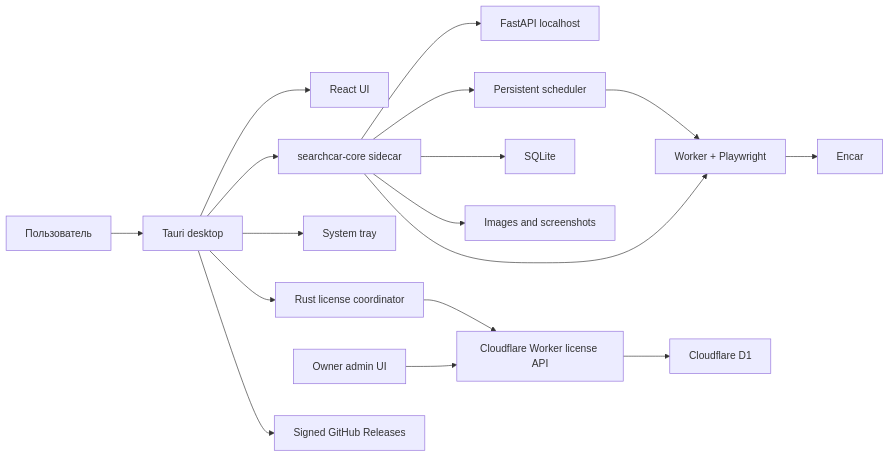
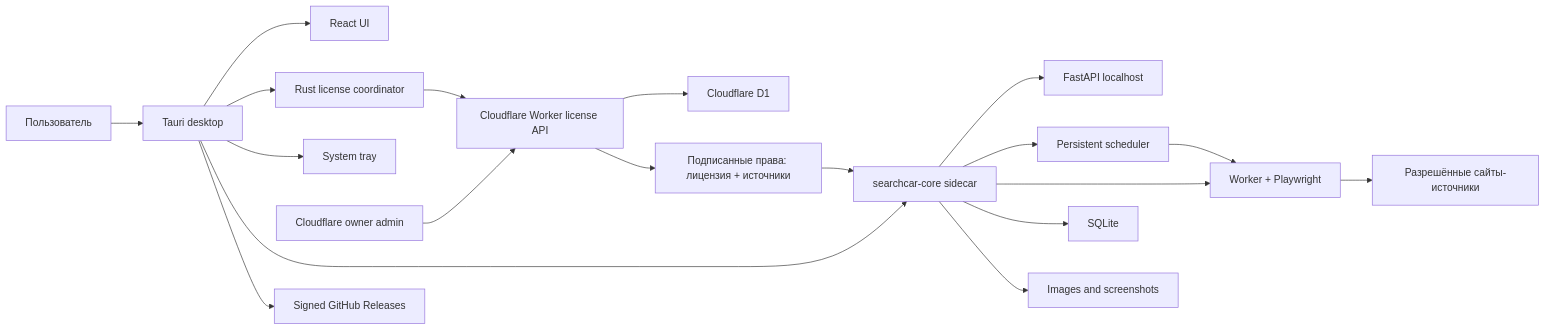
The diagram in docs/DESKTOP_PRODUCTIZATION_PLAN.md (KaplunSergey/searchcar-desktop), drawn with Mermaid before and after one commit. The commit also changed other lines of this file and 24 other files, not shown here.

````diff
--- a/docs/DESKTOP_PRODUCTIZATION_PLAN.md
+++ b/docs/DESKTOP_PRODUCTIZATION_PLAN.md
@@ -123,19 +126,21 @@
 ```mermaid
 flowchart LR
     U["Пользователь"] --> T["Tauri desktop"]
     T --> UI["React UI"]
     T --> LC["Rust license coordinator"]
     T --> TR["System tray"]
     T --> C["searchcar-core sidecar"]
     C --> API["FastAPI localhost"]
     C --> S["Persistent scheduler"]
     S --> W
     C --> W["Worker + Playwright"]
     C --> DB["SQLite"]
     C --> FS["Images and screenshots"]
-    W --> E["Encar"]
+    W --> E["Разрешённые сайты-источники"]
     LC --> LS["Cloudflare Worker license API"]
     LS --> D1["Cloudflare D1"]
-    A["Owner admin UI"] --> LS
+    A["Cloudflare owner admin"] --> LS
+    LS --> ENT["Подписанные права: лицензия + источники"]
+    ENT --> C
     T --> R["Signed GitHub Releases"]
 ```
````
